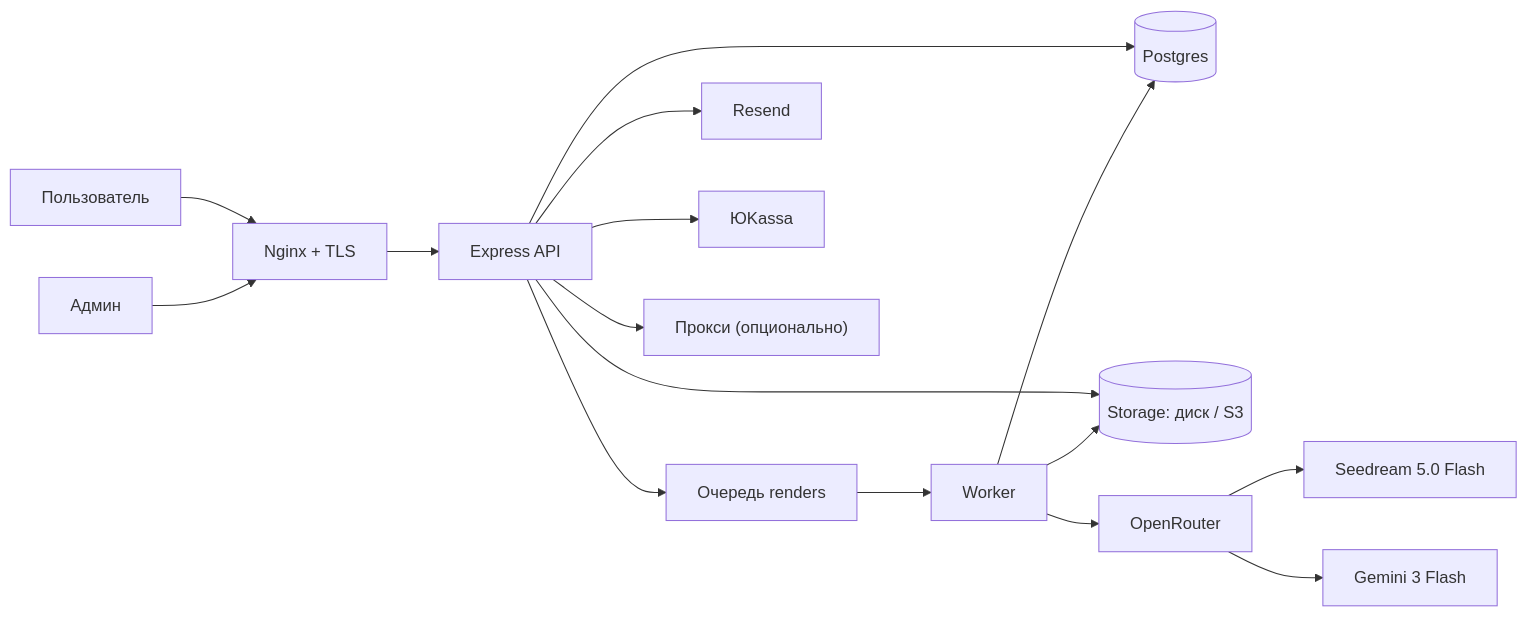
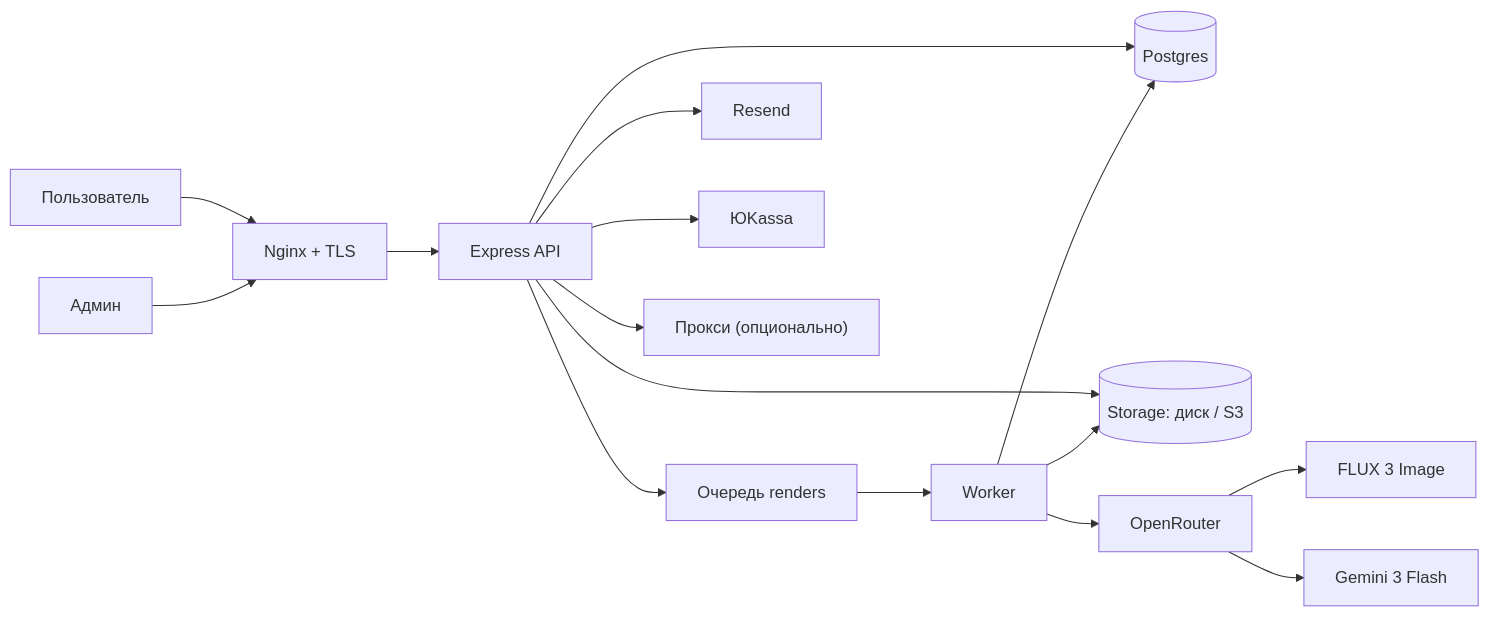
One commit to oblacko/remontvision changed the first of 2 diagrams in docs/ARCHITECTURE.md. Above: the diagram before and after it, drawn with Mermaid. The commit also changed other lines of this file and 13 other files, not shown here.

````diff
--- a/docs/ARCHITECTURE.md
+++ b/docs/ARCHITECTURE.md
@@ -7,18 +7,18 @@
 ```mermaid
 flowchart LR
   U["Пользователь"] --> N["Nginx + TLS"]
   A["Админ"] --> N
   N --> E["Express API"]
   E --> P[("Postgres")]
   E --> F[("Storage: диск / S3")]
   E --> Q["Очередь renders"]
   Q --> W["Worker"]
   W --> P
   W --> F
   W --> O["OpenRouter"]
-  O --> S["Seedream 5.0 Flash"]
+  O --> S["FLUX 3 Image"]
   O --> G["Gemini 3 Flash"]
   E --> R["Resend"]
   E --> Y["ЮKassa"]
   E --> X["Прокси (опционально)"]
 ```
````
